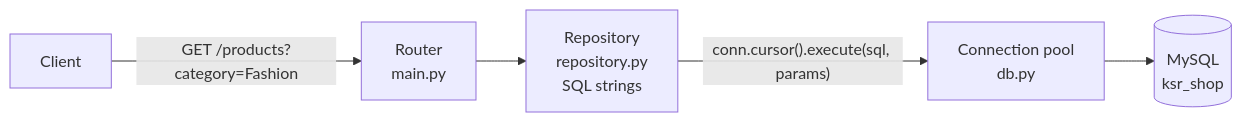
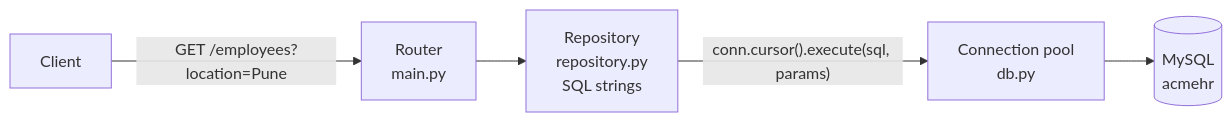
The first of 2 diagrams in docs/python/fastapi/06-mysql-connector.md (kyedumati/KASI-FULLSTACK-MATERIAL), drawn with Mermaid before and after one commit. The commit also changed other lines of this file and 17 other files, not shown here.

````diff
--- a/docs/python/fastapi/06-mysql-connector.md
+++ b/docs/python/fastapi/06-mysql-connector.md
@@ -29,7 +29,7 @@
 ```mermaid
 flowchart LR
-  C["Client"] -->|"GET /products?category=Fashion"| R["Router<br/>main.py"]
+  C["Client"] -->|"GET /employees?location=Pune"| R["Router<br/>main.py"]
   R --> Q["Repository<br/>repository.py<br/>SQL strings"]
   Q -->|"conn.cursor().execute(sql, params)"| P["Connection pool<br/>db.py"]
-  P --> M[("MySQL<br/>ksr_shop")]
+  P --> M[("MySQL<br/>acmehr")]
 ```
````
